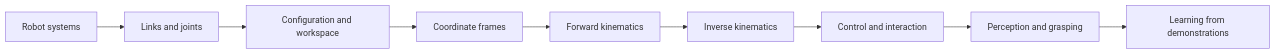
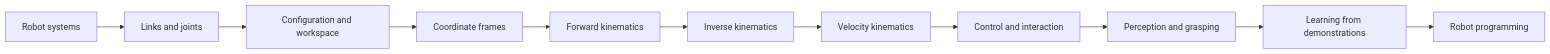
Before and after one commit to Israel-Charles/robotics_learn: the diagram in README.md, drawn with Mermaid. The commit also changed other lines of this file and 29 other files, not shown here.

First line of the commit message:
Add Jacobians and Singularities section; update kinematics and control content

````diff
--- a/README.md
+++ b/README.md
@@ -31,11 +32,13 @@
 ```mermaid
 flowchart LR
     A[Robot systems] --> B[Links and joints]
     B --> C[Configuration and workspace]
     C --> D[Coordinate frames]
     D --> E[Forward kinematics]
     E --> F[Inverse kinematics]
-    F --> G[Control and interaction]
+    F --> V[Velocity kinematics]
+    V --> G[Control and interaction]
     G --> H[Perception and grasping]
     H --> I[Learning from demonstrations]
+    I --> J[Robot programming]
 ```
````
